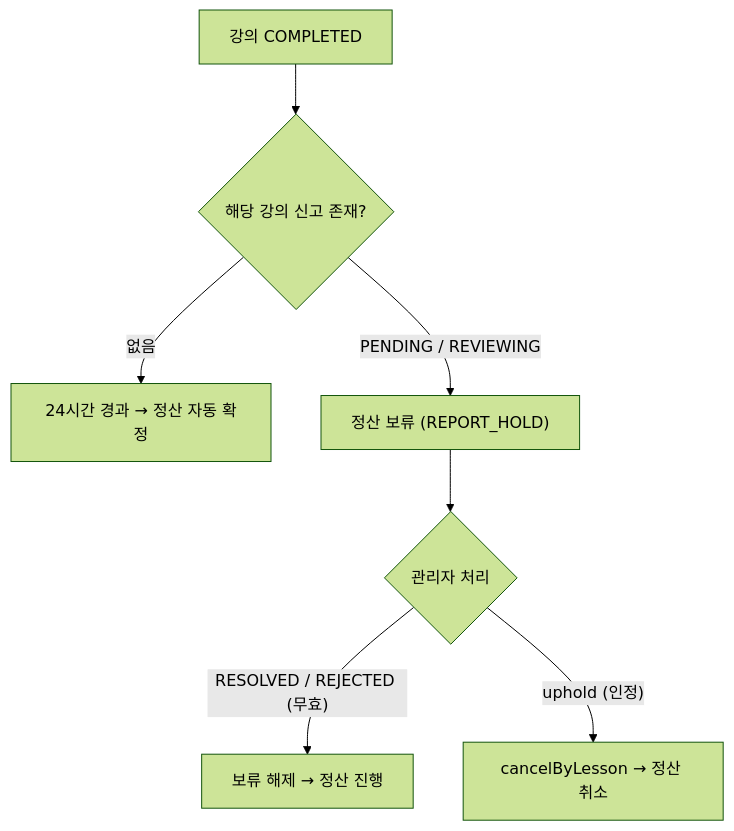
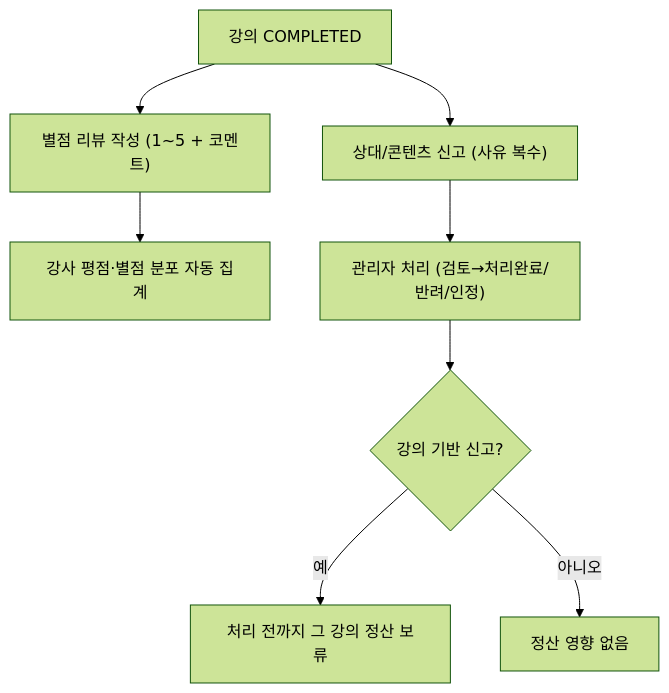
One commit to ieums/onsaem changed the diagram in wiki/리뷰-신고.md. Above: the diagram before and after it, drawn with Mermaid (forest theme). The commit also changed other lines of this file and 9 other files, not shown here.

````diff
--- a/wiki/리뷰-신고.md
+++ b/wiki/리뷰-신고.md
@@ -30,9 +19,10 @@
 ```mermaid
 flowchart TB
-    A["강의 COMPLETED"] --> B{"해당 강의 신고 존재?"}
-    B -- "없음" --> C["24시간 경과 → 정산 자동 확정"]
-    B -- "PENDING / REVIEWING" --> D["정산 보류 (REPORT_HOLD)"]
-    D --> E{"관리자 처리"}
-    E -- "RESOLVED / REJECTED (무효)" --> F["보류 해제 → 정산 진행"]
-    E -- "uphold (인정)" --> G["cancelByLesson → 정산 취소"]
+    A["강의 COMPLETED"] --> B["별점 리뷰 작성 (1~5 + 코멘트)"]
+    A --> C["상대/콘텐츠 신고 (사유 복수)"]
+    B --> D["강사 평점·별점 분포 자동 집계"]
+    C --> E["관리자 처리 (검토→처리완료/반려/인정)"]
+    E --> F{"강의 기반 신고?"}
+    F -- "예" --> G["처리 전까지 그 강의 정산 보류"]
+    F -- "아니오" --> H["정산 영향 없음"]
 ```
````
